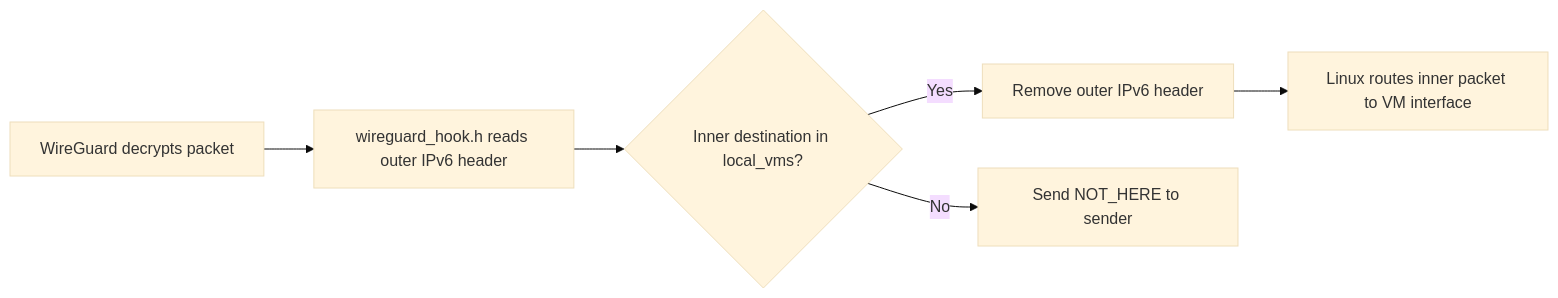
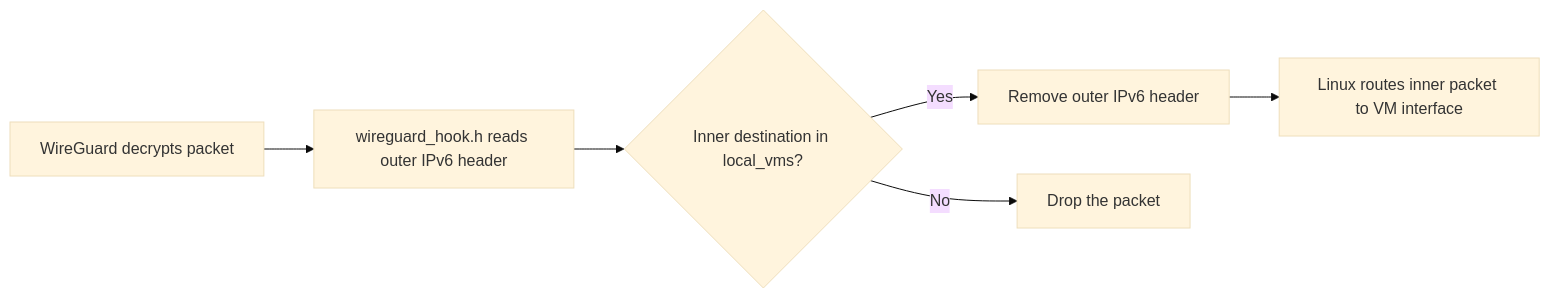
The fifth of 5 diagrams in services/wg-mesh/docs/design.md (20vikash/atlas), drawn with Mermaid (base theme) before and after one commit. The commit also changed other lines of this file and 3 other files, not shown here.

Commit message:
docs(wg-mesh): Describe the NDP architecture

````diff
--- a/services/wg-mesh/docs/design.md
+++ b/services/wg-mesh/docs/design.md
@@ -164,8 +190,8 @@
 ```mermaid
 flowchart LR
     A["WireGuard decrypts packet"] --> B["wireguard_hook.h reads outer IPv6 header"]
     B --> C{"Inner destination in local_vms?"}
     C -->|Yes| D["Remove outer IPv6 header"]
     D --> E["Linux routes inner packet to VM interface"]
-    C -->|No| F["Send NOT_HERE to sender"]
+    C -->|No| F["Drop the packet"]
 ```
````
